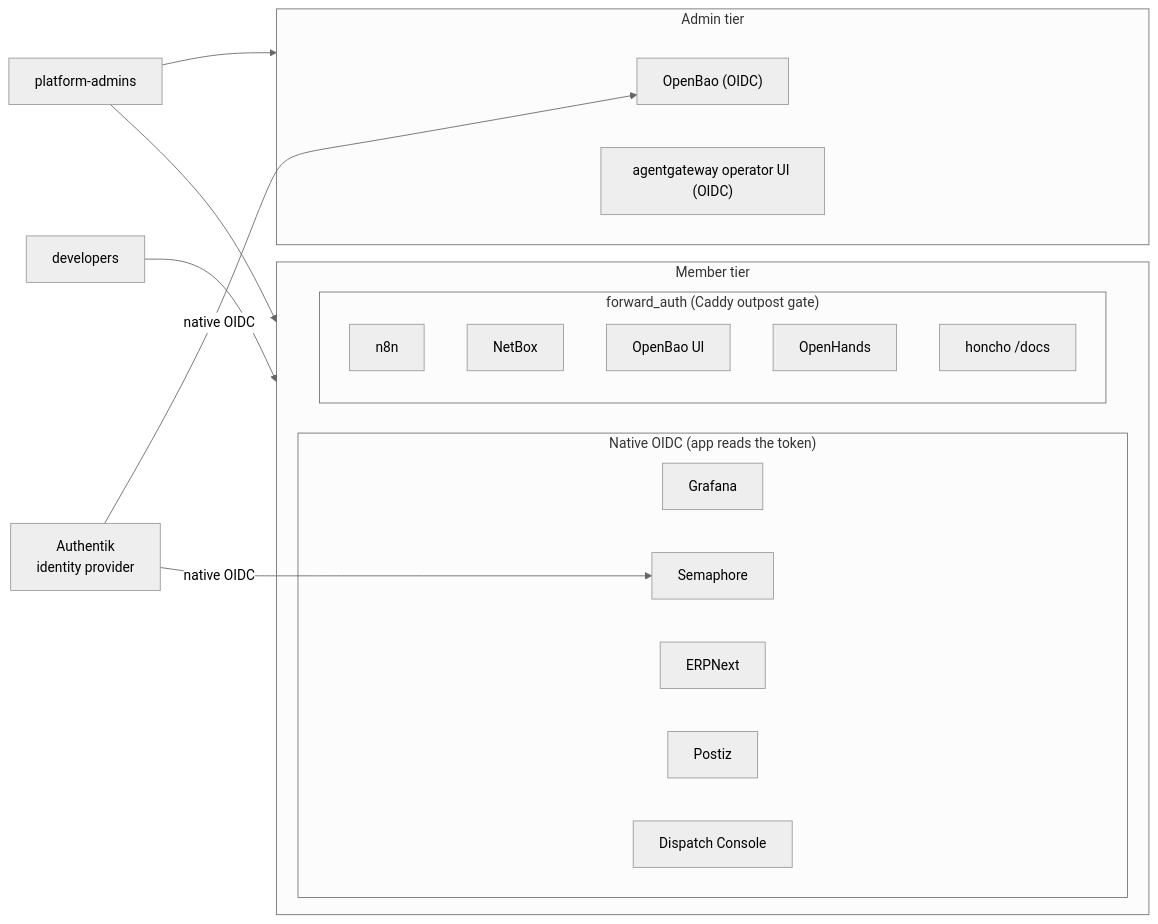
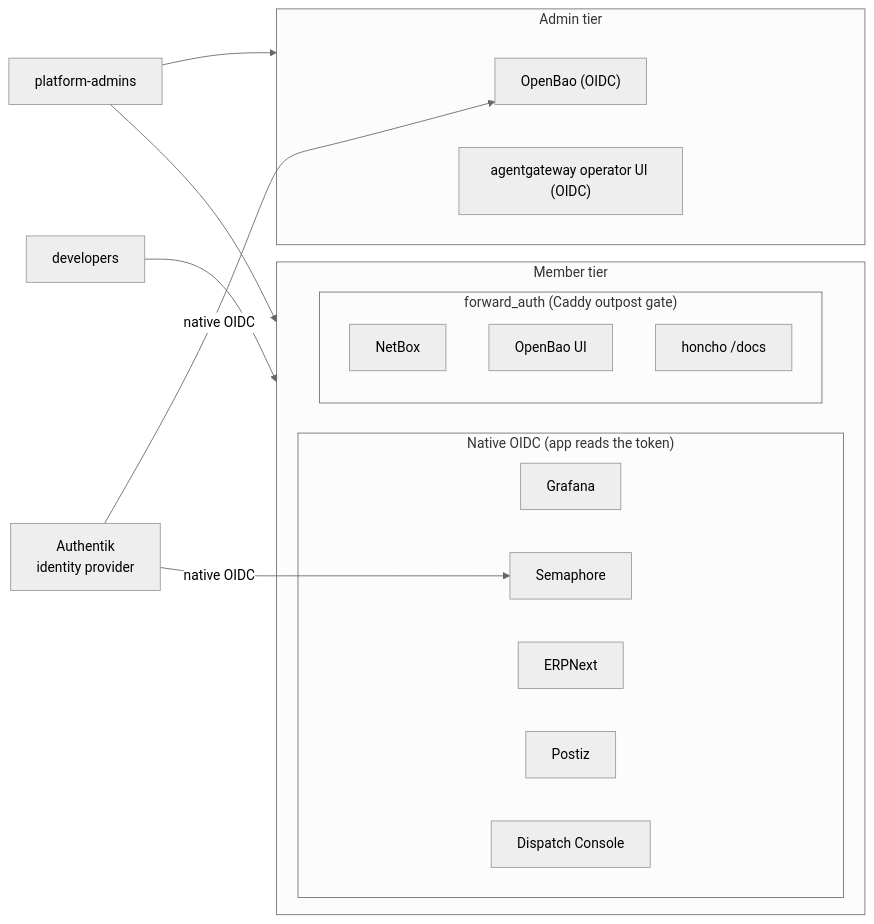
The second of 10 diagrams in plan/architecture/service-architecture.md (uhstray-io/agent-cloud), drawn with Mermaid (neutral theme) before and after one commit. The commit also changed other lines of this file and 9 other files, not shown here.

Commit message:
docs(architecture): remove retired platforms

````diff
--- a/plan/architecture/service-architecture.md
+++ b/plan/architecture/service-architecture.md
@@ -183,29 +162,27 @@
 ```mermaid
 flowchart LR
     AK["Authentik<br/>identity provider"]
     ADMINS["platform-admins"] --> MEMBER
     DEVS["developers"] --> MEMBER
     ADMINS --> ADMIN
     subgraph MEMBER["Member tier"]
         subgraph OIDC_M["Native OIDC (app reads the token)"]
             M1["Grafana"]
             M2["Semaphore"]
             M3["ERPNext"]
             M4["Postiz"]
             M5["Dispatch Console"]
         end
         subgraph FA_M["forward_auth (Caddy outpost gate)"]
-            F1["n8n"]
             F2["NetBox"]
             F3["OpenBao UI"]
-            F4["OpenHands"]
             F5["honcho /docs"]
         end
     end
     subgraph ADMIN["Admin tier"]
         A1["OpenBao (OIDC)"]
         A2["agentgateway operator UI (OIDC)"]
     end
     AK -->|"native OIDC"| M2
     AK -->|"native OIDC"| A1
 ```
````
